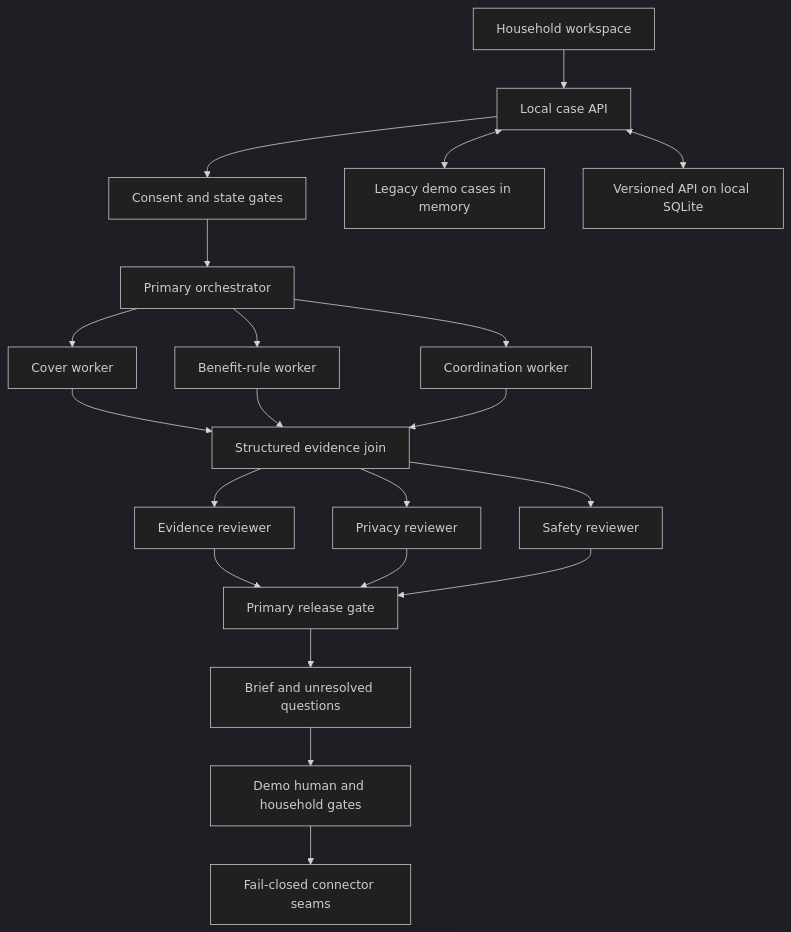
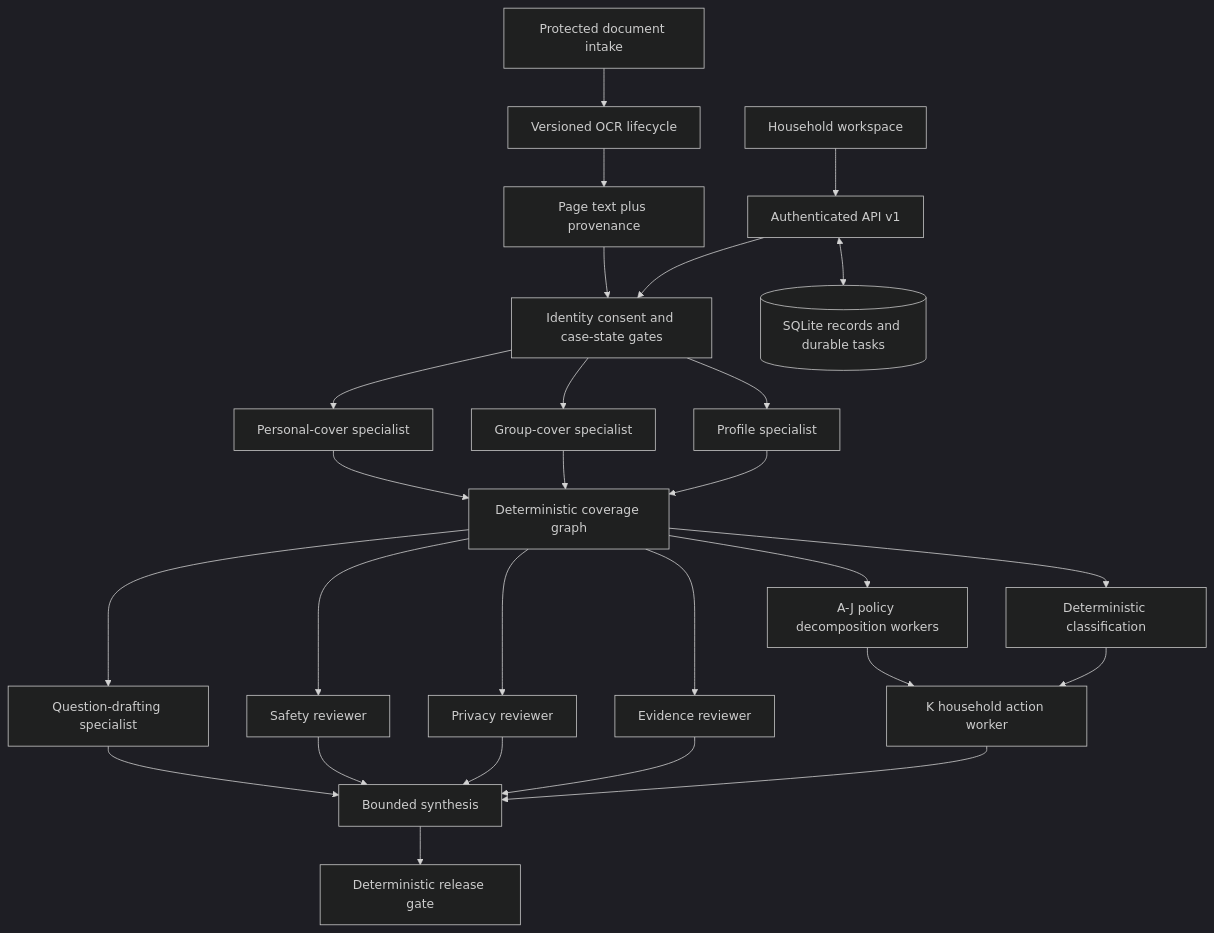
One commit to rish106-hub/CoverSaath changed the diagram in README.md. Above: the diagram before and after it, drawn with Mermaid (dark theme). The commit also changed other lines of this file and 79 other files, not shown here.

````diff
--- a/README.md
+++ b/README.md
@@ -217,23 +236,29 @@
 ```mermaid
 flowchart TD
-  UI[Household workspace] --> API[Local case API]
-  API --> Gate[Consent and state gates]
-  Gate --> Main[Primary orchestrator]
-  Main --> Cover[Cover worker]
-  Main --> Rules[Benefit-rule worker]
-  Main --> Questions[Coordination worker]
-  Cover --> Join[Structured evidence join]
-  Rules --> Join
-  Questions --> Join
-  Join --> Evidence[Evidence reviewer]
-  Join --> Privacy[Privacy reviewer]
-  Join --> Safety[Safety reviewer]
-  Evidence --> Release[Primary release gate]
-  Privacy --> Release
-  Safety --> Release
-  Release --> Brief[Brief and unresolved questions]
-  Brief --> Approval[Demo human and household gates]
-  Approval --> Adapter[Fail-closed connector seams]
-  API <--> Legacy[Legacy demo cases in memory]
-  API <--> DB[Versioned API on local SQLite]
+  UI[Household workspace] --> API[Authenticated API v1]
+  API --> Gate[Identity consent and case-state gates]
+  Gate --> Profile[Profile specialist]
+  Gate --> Group[Group-cover specialist]
+  Gate --> Personal[Personal-cover specialist]
+  Profile --> Graph[Deterministic coverage graph]
+  Group --> Graph
+  Personal --> Graph
+  Graph --> Decision[Deterministic classification]
+  Graph --> Decompose[A-J policy decomposition workers]
+  Graph --> Evidence[Evidence reviewer]
+  Graph --> Privacy[Privacy reviewer]
+  Graph --> Safety[Safety reviewer]
+  Graph --> Questions[Question-drafting specialist]
+  Decision --> Action[K household action worker]
+  Decompose --> Action
+  Action --> Primary[Bounded synthesis]
+  Evidence --> Primary
+  Privacy --> Primary
+  Safety --> Primary
+  Questions --> Primary
+  Primary --> Release[Deterministic release gate]
+  API <--> DB[(SQLite records and durable tasks)]
+  Intake[Protected document intake] --> OCR[Versioned OCR lifecycle]
+  OCR --> Pages[Page text plus provenance]
+  Pages --> Gate
 ```
````
